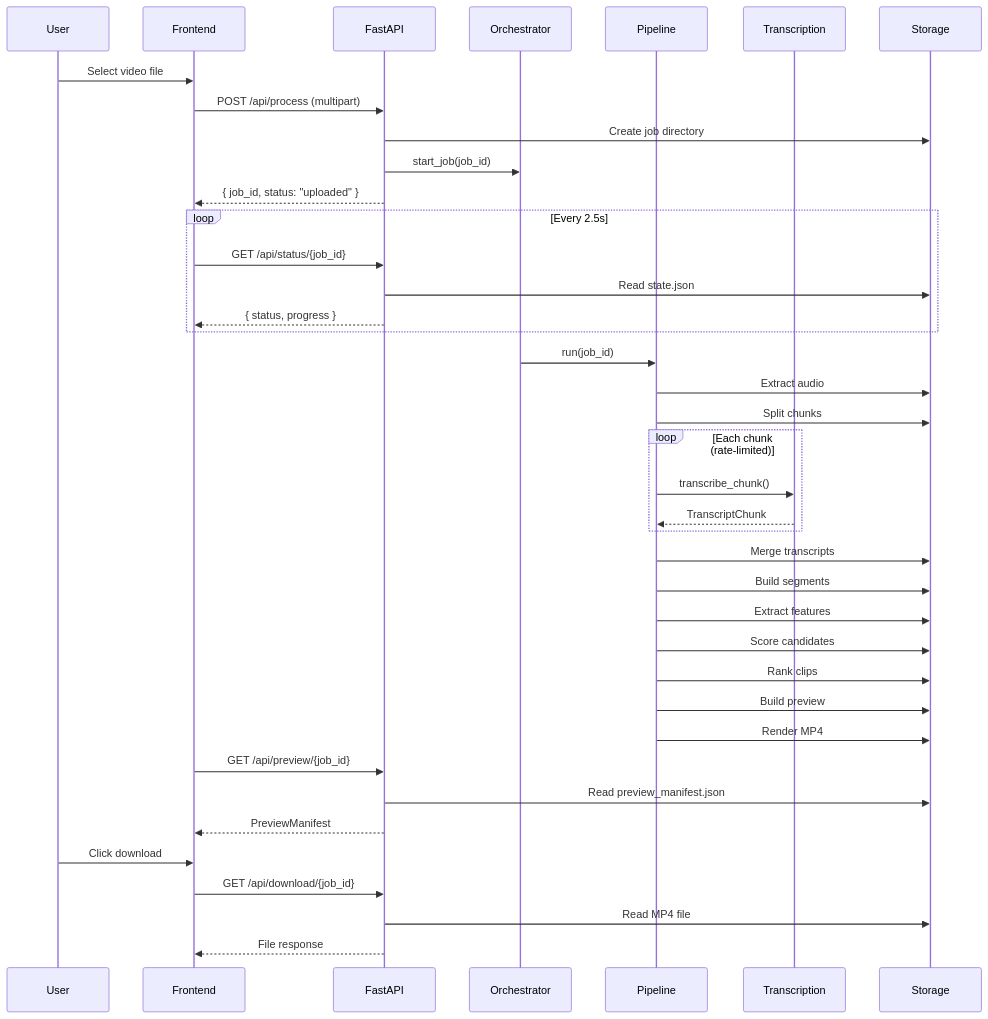
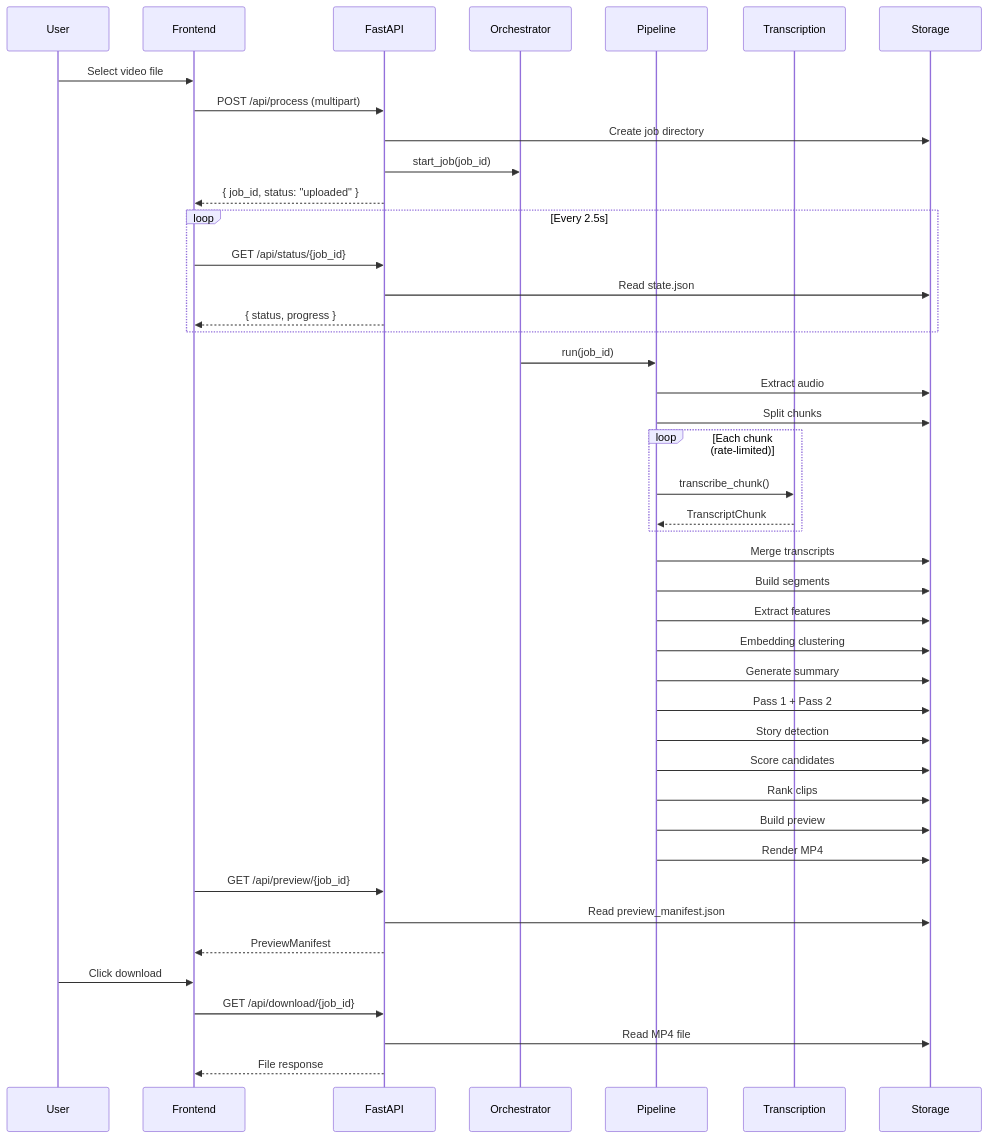
Before and after one commit to samm329-ui/Trimora_v2: the sixth of 9 diagrams in README.md, drawn with Mermaid. The commit also changed other lines of this file, not shown here.

First line of the commit message:
docs: rewrite README with embedding-first architecture

````diff
--- a/README.md
+++ b/README.md
@@ -528,48 +731,52 @@
 ```mermaid
 sequenceDiagram
     participant U as User
     participant F as Frontend
     participant A as FastAPI
     participant O as Orchestrator
     participant P as Pipeline
     participant T as Transcription
     participant S as Storage
 
     U->>F: Select video file
     F->>A: POST /api/process (multipart)
     A->>S: Create job directory
     A->>O: start_job(job_id)
     A-->>F: { job_id, status: "uploaded" }
 
     loop Every 2.5s
         F->>A: GET /api/status/{job_id}
         A->>S: Read state.json
         A-->>F: { status, progress }
     end
 
     O->>P: run(job_id)
     P->>S: Extract audio
     P->>S: Split chunks
 
     loop Each chunk (rate-limited)
         P->>T: transcribe_chunk()
         T-->>P: TranscriptChunk
     end
 
     P->>S: Merge transcripts
     P->>S: Build segments
     P->>S: Extract features
+    P->>S: Embedding clustering
+    P->>S: Generate summary
+    P->>S: Pass 1 + Pass 2
+    P->>S: Story detection
     P->>S: Score candidates
     P->>S: Rank clips
     P->>S: Build preview
     P->>S: Render MP4
 
     F->>A: GET /api/preview/{job_id}
     A->>S: Read preview_manifest.json
     A-->>F: PreviewManifest
 
     U->>F: Click download
     F->>A: GET /api/download/{job_id}
     A->>S: Read MP4 file
     A-->>F: File response
 ```
````
